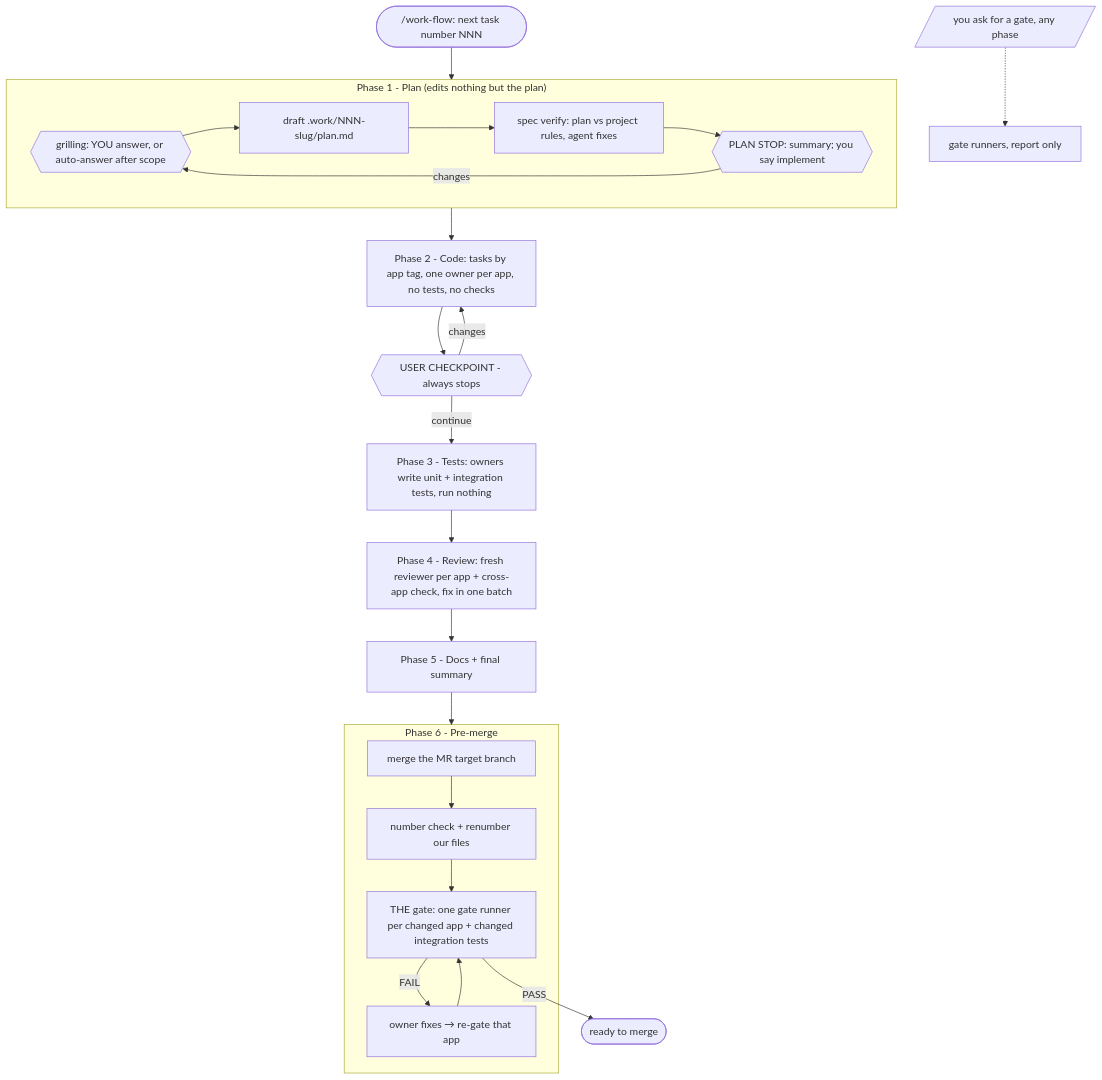
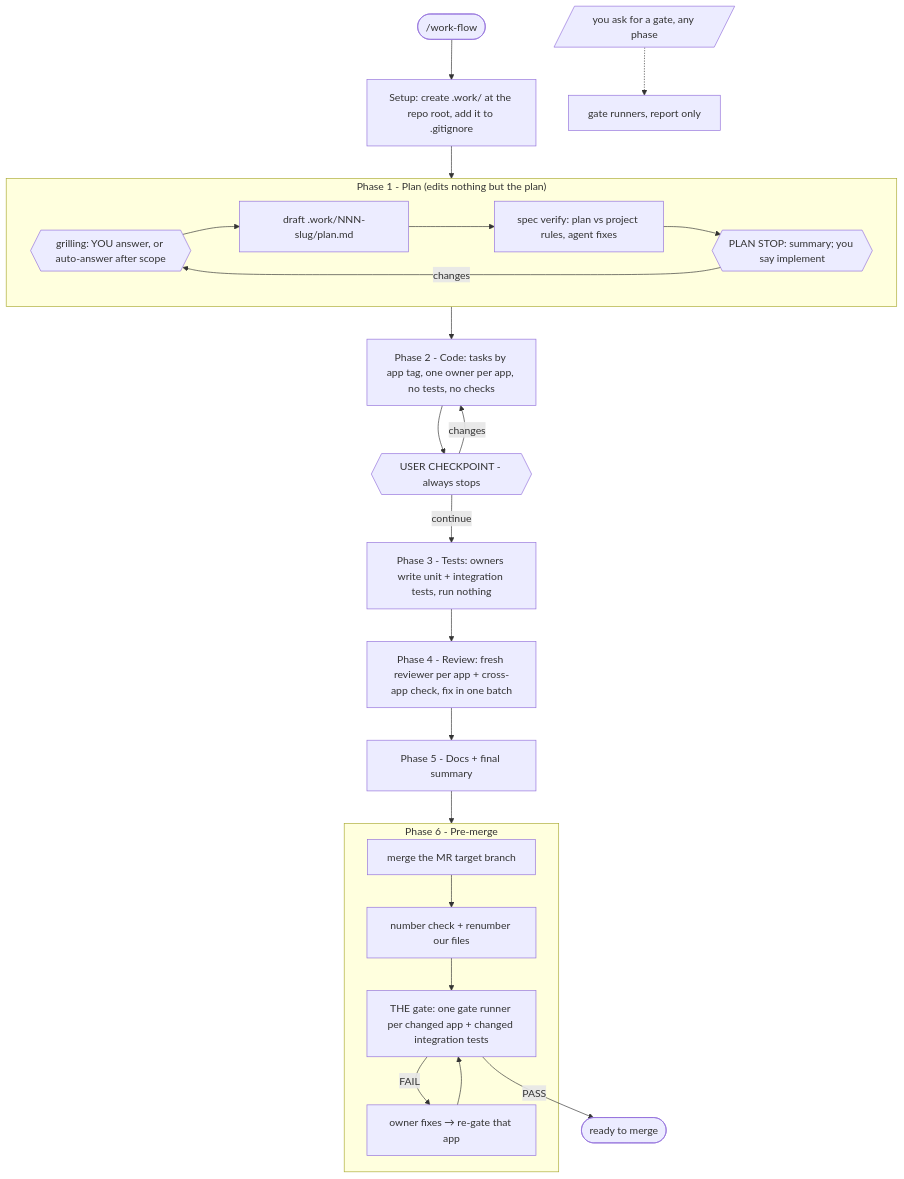
Before and after one commit to naphatwx/naphatwx-tools: the diagram in plugins/naphatwx-tools/skills/work-flow/README.md, drawn with Mermaid. The commit also changed other lines of this file and 6 other files, not shown here.

Commit message:
feat(work-flow): setup step creates .work and gitignores it

````diff
--- a/plugins/naphatwx-tools/skills/work-flow/README.md
+++ b/plugins/naphatwx-tools/skills/work-flow/README.md
@@ -22,28 +22,29 @@
 ```mermaid
 flowchart TD
-    START([/work-flow: next task number NNN]) --> P0
+    START([/work-flow]) --> SU[Setup: create .work/ at the repo root, add it to .gitignore]
+    SU --> P0
     subgraph P0["Phase 1 - Plan (edits nothing but the plan)"]
         GR{{grilling: YOU answer, or auto-answer after scope}} --> DR[draft .work/NNN-slug/plan.md]
         DR --> VER[spec verify: plan vs project rules, agent fixes]
         VER --> PS{{PLAN STOP: summary; you say implement}}
         PS -->|changes| GR
     end
 
     P0 --> P2[Phase 2 - Code: tasks by app tag, one owner per app, no tests, no checks]
     P2 --> CP{{USER CHECKPOINT - always stops}}
     CP -->|changes| P2
     CP -->|continue| P3[Phase 3 - Tests: owners write unit + integration tests, run nothing]
     P3 --> P4[Phase 4 - Review: fresh reviewer per app + cross-app check, fix in one batch]
     P4 --> P5[Phase 5 - Docs + final summary]
     P5 --> P6
 
     subgraph P6["Phase 6 - Pre-merge"]
         M[merge the MR target branch] --> N[number check + renumber our files]
         N --> G[THE gate: one gate runner per changed app + changed integration tests]
         G -->|FAIL| F[owner fixes → re-gate that app]
         F --> G
     end
 
     G -->|PASS| DONE([ready to merge])
     ASK[/you ask for a gate, any phase/] -.-> ON[gate runners, report only]
 ```
````
